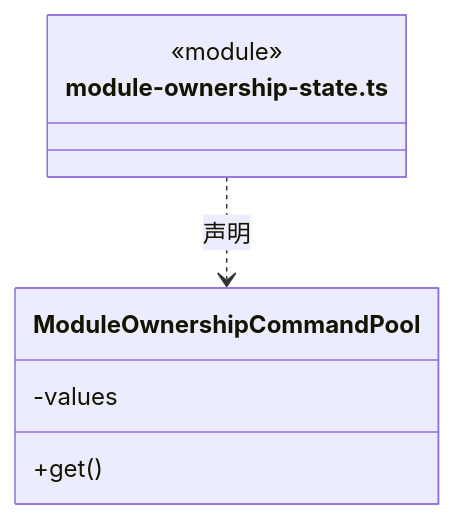
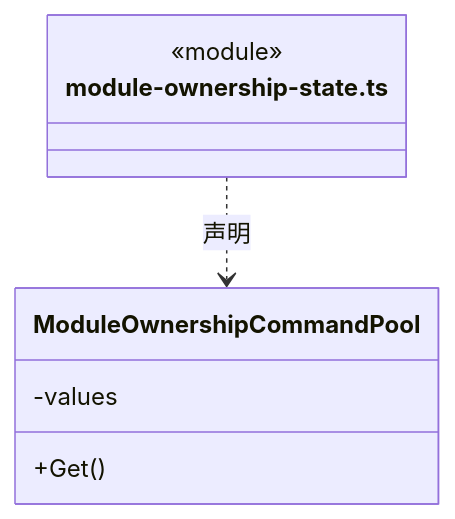
One commit to nan023062/cbim changed the ninth of 20 diagrams in src/view/workspace/ARCHITECTURE.md. Above: the diagram before and after it, drawn with Mermaid. The commit also changed other lines of this file and 1035 other files, not shown here.

````diff
--- a/src/view/workspace/ARCHITECTURE.md
+++ b/src/view/workspace/ARCHITECTURE.md
@@ -200,11 +200,11 @@
 ```mermaid
 classDiagram
 class N_src_view_workspace_module_ownership_state_ts["module-ownership-state.ts"] {
   <<module>>
 }
 class N_src_view_workspace_module_ownership_state_ts_ModuleOwnershipCommandPool["ModuleOwnershipCommandPool"] {
-  +get()
+  +Get()
   -values
 }
 N_src_view_workspace_module_ownership_state_ts ..> N_src_view_workspace_module_ownership_state_ts_ModuleOwnershipCommandPool : 声明
 ```
````
